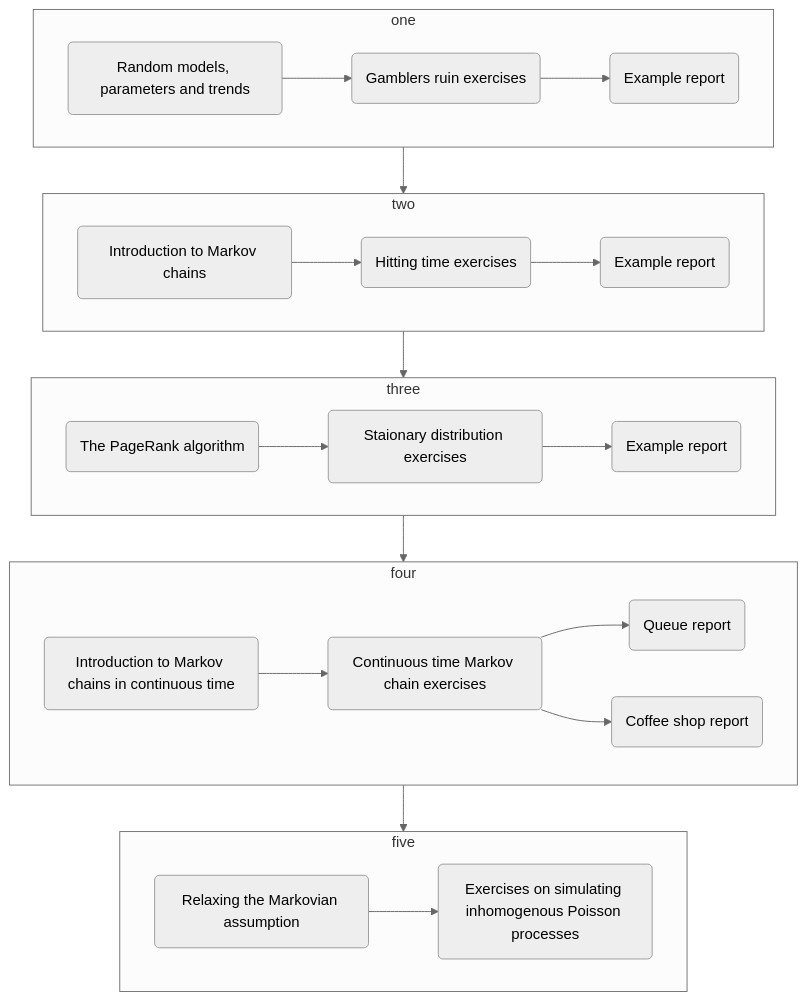
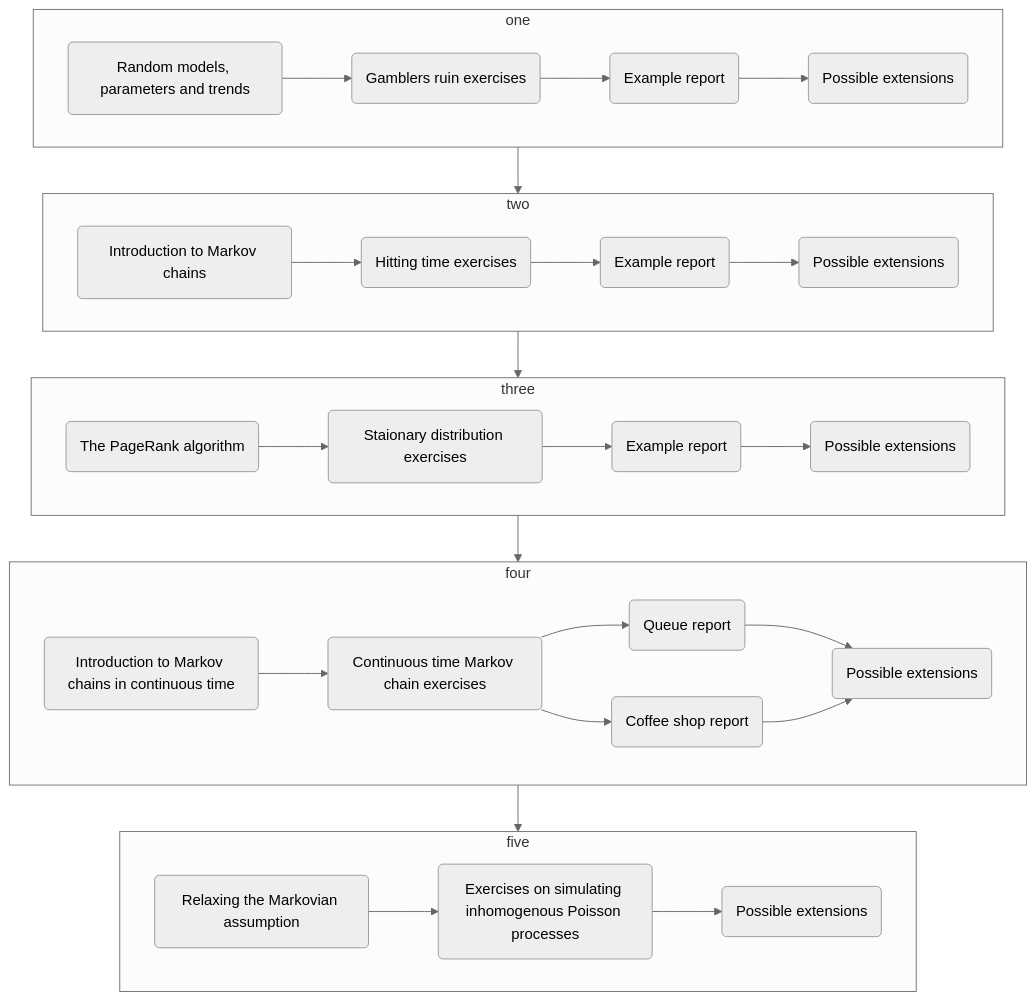
Before and after one commit to autofeedback-exercises/website: the diagram in Stochastic_processes.md, drawn with Mermaid (neutral theme).

````diff
--- a/Stochastic_processes.md
+++ b/Stochastic_processes.md
@@ -12,47 +12,58 @@
 ```mermaid
 flowchart TD
    subgraph one
       direction LR
       intro("Random models, parameters and trends") --> gr("Gamblers ruin exercises")
-      gr --> rep1("Example report") 
+      gr --> rep1("Example report")
+      rep1 --> ext1("Possible extensions") 
    end
    subgraph two
       direction LR
       vid("Introduction to Markov chains") --> ht("Hitting time exercises")
       ht --> rep2("Example report")
+      rep2 --> ext2("Possible extensions")
    end
    one --> two
    subgraph three
       direction LR
       back("The PageRank algorithm") --> sd("Staionary distribution exercises")
       sd --> rep3("Example report")
+      rep3 --> ext3("Possible extensions")
    end
    two --> three
    subgraph four
       direction LR
       vid2("Introduction to Markov chains in continuous time") --> ctm("Continuous time Markov chain exercises")
       ctm --> rep4("Queue report")
       ctm --> rep5("Coffee shop report")
+      rep4 --> ext4("Possible extensions")
+      rep5 --> ext4
    end
    three --> four
    subgraph five
       direction LR
       vid3("Relaxing the Markovian assumption") --> inhomo("Exercises on simulating inhomogenous Poisson processes")
+      inhomo -->ext5("Possible extensions")
    end
    four --> five
    click intro "stochastic/intro.html" "A discussion of when we say that a parameter has a statistically significant effect on a random model"
    click gr "https://colab.research.google.com/github/autofeedback-exercises/exercises/blob/main/New-SOR3012/Trends/Trends.ipynb" "Programming exercises that introduce you to a model for gambling in a game like roulette"
    click rep1 "stochastic/report1.pdf" "An example report showing one thing that can be investigated with the Gamblers ruin model that was introduced during the programming exercises"
    click vid "https://www.youtube.com/watch?v=1meaW5GxUbY" "A video introducing the Markov property"
    click ht "https://colab.research.google.com/github/autofeedback-exercises/exercises/blob/main/New-SOR3012/Markov_hitting_times/Markov_hitting_times.ipynb" "Programming exercises that teach you to simulate Markov chains"
    click rep2 "stochastic/report2.pdf" "Example report on calculating hitting times and hitting probabilities for a Markov chain"
    click back "stochastic/pagerank.html" "A discussion of a valuable application of the theory of Markov chains in discrete time"
    click sd "https://colab.research.google.com/github/autofeedback-exercises/exercises/blob/main/New-SOR3012/Markov_stationary_distribution/Markov_stationary_distribution.ipynb" "Programming exercises on calculating the stationary distribution of a Markov chain"
    click rep3 "stochastic/report3.pdf" "Example report on calculating and then reporting the stationary distribution of a Markov chain"
    click vid2 "https://www.youtube.com/watch?v=tbA2DnKTRxM" "A video introducing the theory of Markov chains in continuous time"
    click ctm "https://colab.research.google.com/github/autofeedback-exercises/exercises/blob/main/New-SOR3012/Event_based_simulation/Event_based_simulation.ipynb" "Exercises on Markov chains in continuous times and Queues"
    click rep4 "stochastic/report4.pdf" "An example report showing how we can analyse a simulation of a queue"
    click rep5 "stochastic/report5.pdf" "An example report demonstrating how we can simulate a coffee shop using event driven simulation"
    click vid3 "https://www.youtube.com/watch?v=q2843QDkb1Q" "A video introducing the inhomogeneous Poisson process"
    click inhomo "https://colab.research.google.com/github/autofeedback-exercises/exercises/blob/main/New-SOR3012/Inhomogeneity/Inhomogenity.ipynb" "Exercises on simulating inhomogeneous Poisson processes"
+   click ext1 "stochastic/extensions1.html" "Suggested extension activities to do using the theory of gamblers ruin"
+   click ext2 "stochastic/extensions2.html" "Suggested extension activities for calculating hitting times"
+   click ext3 "stochastic/extensions3.html" "Suggested extension activities for calculating the stationary distribution for a Markov chain"
+   click ext4 "stochastic/extensions4.html" "Suggested extension activities for Markov chains in continuous time"
+   click ext5 "stochastic/extensions5.html" "Suggested extension activities for exploring a relaxation of the Markov assumption"
 ```
````
